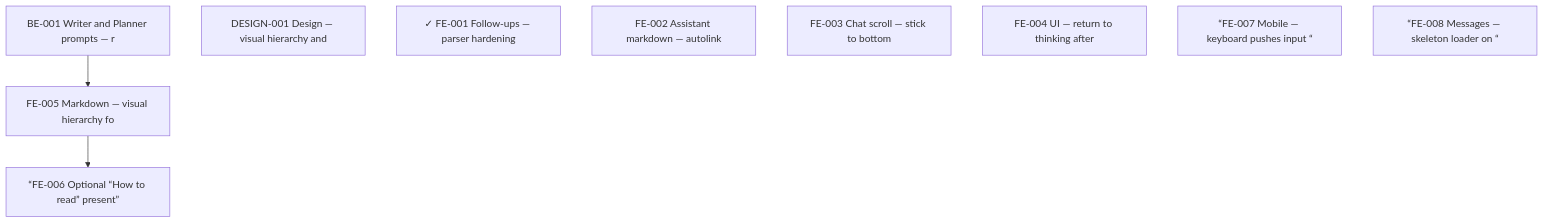
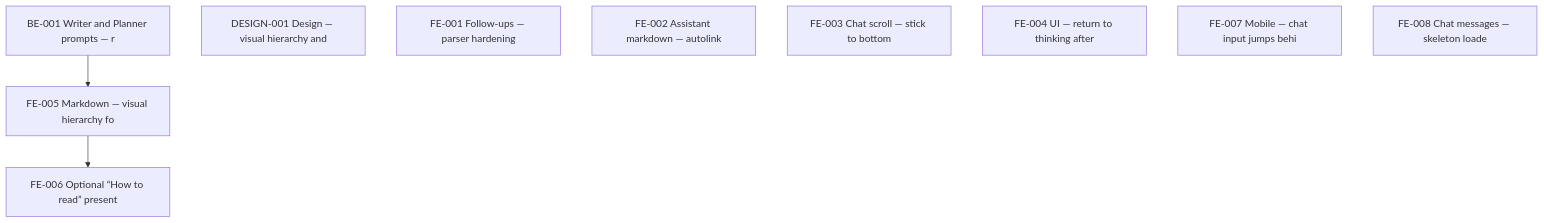
The diagram in TODO/README.md (admariner/data-ai-chatbot), drawn with Mermaid before and after one commit. The commit also changed other lines of this file and 2 other files, not shown here.

Commit message:
docs: add task workflow guide; regenerate TODO index
- docs/task-workflow.md: full developer guide covering task anatomy,
  dependency model, status lifecycle, skill usage, GitHub Issues sync,
  validation scripts, and design decisions
- TODO/README.md, CROSS-REPO-GRAPH.md: regenerated to reflect FE-001
  reverted to pending

````diff
--- a/TODO/README.md
+++ b/TODO/README.md
@@ -24,15 +24,15 @@
 ```mermaid
 flowchart TB
   BE001["BE-001 Writer and Planner prompts — r"]
   DESIGN001["DESIGN-001 Design — visual hierarchy and "]
-  FE001["✓ FE-001 Follow-ups — parser hardening "]
+  FE001["FE-001 Follow-ups — parser hardening "]
   FE002["FE-002 Assistant markdown — autolink "]
   FE003["FE-003 Chat scroll — stick to bottom "]
   FE004["FE-004 UI — return to thinking after "]
   FE005["FE-005 Markdown — visual hierarchy fo"]
-  FE006[“FE-006 Optional “How to read” present”]
-  FE007[“FE-007 Mobile — keyboard pushes input “]
-  FE008[“FE-008 Messages — skeleton loader on “]
+  FE006["FE-006 Optional “How to read” present"]
+  FE007["FE-007 Mobile — chat input jumps behi"]
+  FE008["FE-008 Chat messages — skeleton loade"]
   BE001 --> FE005
   FE005 --> FE006
 ```
````
